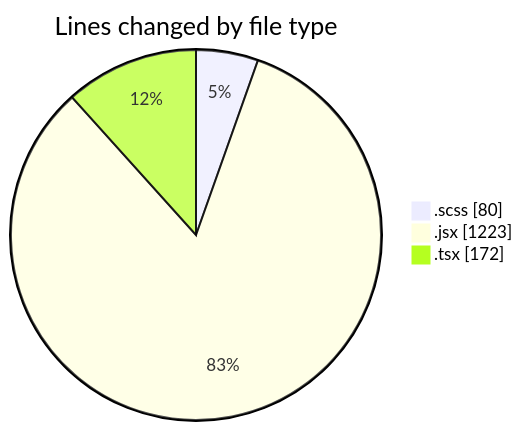
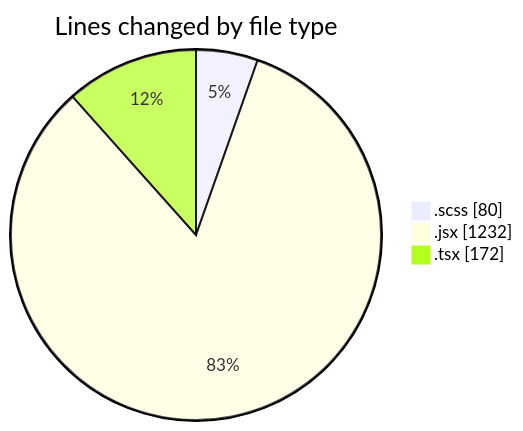
One commit to momahboobian/code-tracking changed the first of 2 diagrams in 2025-06-03/cda/README.md. Above: the diagram before and after it, drawn with Mermaid. The commit also changed other lines of this file and 1 other file, not shown here.

````diff
--- a/2025-06-03/cda/README.md
+++ b/2025-06-03/cda/README.md
@@ -24,7 +24,7 @@
 ```mermaid
 pie showData
 title Lines changed by file type
 ".scss" : 80
-".jsx" : 1223
+".jsx" : 1232
 ".tsx" : 172
 ```
````
